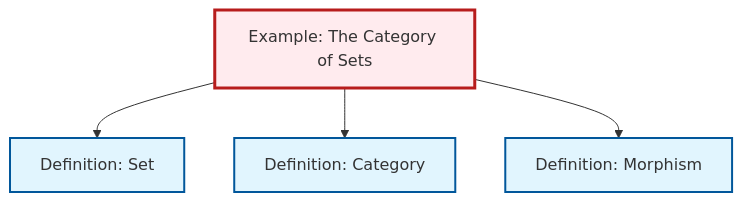
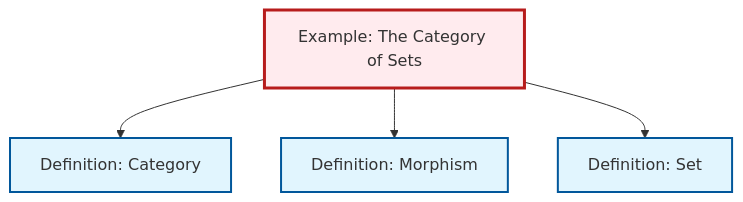
Before and after one commit to RK0429/ModernMath: the diagram in output/mermaid/ex-set-category.mermaid, drawn with Mermaid. The commit also changed other lines of this file and 1118 other files, not shown here.

````diff
--- a/output/mermaid/ex-set-category.mermaid
+++ b/output/mermaid/ex-set-category.mermaid
@@ -1,17 +1,17 @@
 ```{mermaid}
 %%| fig-cap: "Local dependency graph"
 graph TD
     classDef definition fill:#e1f5fe,stroke:#01579b,stroke-width:2px
     classDef theorem fill:#f3e5f5,stroke:#4a148c,stroke-width:2px
     classDef axiom fill:#fff3e0,stroke:#e65100,stroke-width:2px
     classDef example fill:#e8f5e9,stroke:#1b5e20,stroke-width:2px
     classDef current fill:#ffebee,stroke:#b71c1c,stroke-width:3px
-    ex-set-category["Example: The Category of Sets"]:::example
+    def-category["Definition: Category"]:::definition
     def-set["Definition: Set"]:::definition
     def-morphism["Definition: Morphism"]:::definition
-    def-category["Definition: Category"]:::definition
-    ex-set-category --> def-set
+    ex-set-category["Example: The Category of Sets"]:::example
     ex-set-category --> def-category
     ex-set-category --> def-morphism
+    ex-set-category --> def-set
     class ex-set-category current
 ```
````
